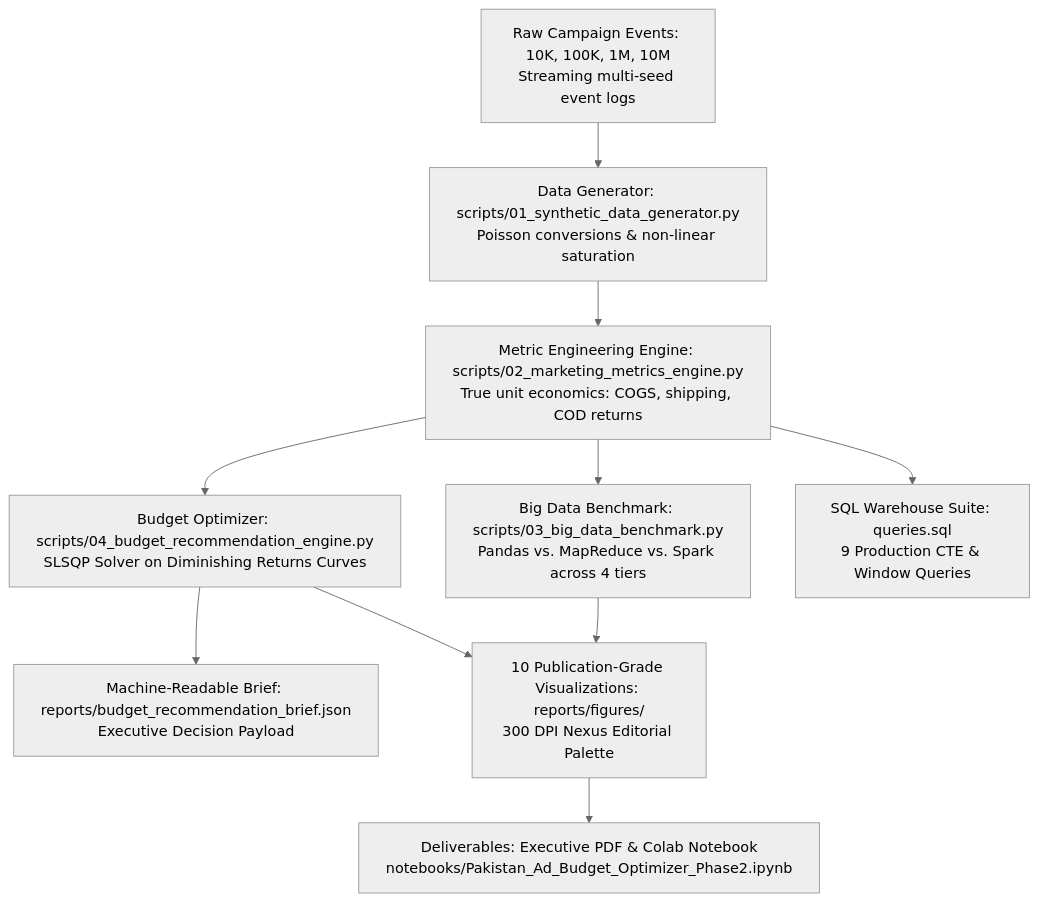
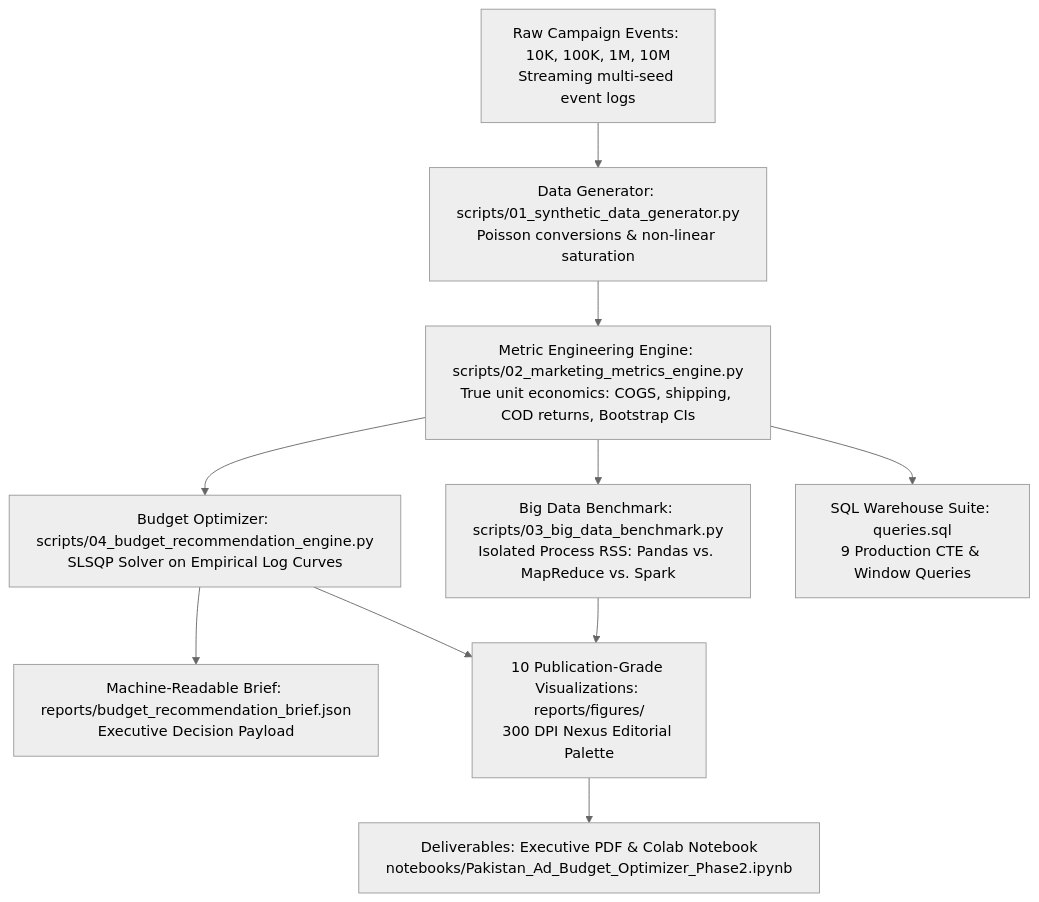
Before and after one commit to zughaina3/pakistan-digital-advertising-budget-optimizer: the diagram in reports/FINAL_EXECUTIVE_AD_BUDGET_REPORT.md, drawn with Mermaid (neutral theme). The commit also changed other lines of this file and 20 other files, not shown here.

Commit message:
refactor: address examiner critique with empirical calibration, isolated RSS benchmark, and bootstrap CIs

````diff
--- a/reports/FINAL_EXECUTIVE_AD_BUDGET_REPORT.md
+++ b/reports/FINAL_EXECUTIVE_AD_BUDGET_REPORT.md
@@ -54,12 +57,12 @@
 ```mermaid
 flowchart TD
     A[Raw Campaign Events: 10K, 100K, 1M, 10M<br/>Streaming multi-seed event logs] --> B[Data Generator: scripts/01_synthetic_data_generator.py<br/>Poisson conversions & non-linear saturation]
-    B --> C[Metric Engineering Engine: scripts/02_marketing_metrics_engine.py<br/>True unit economics: COGS, shipping, COD returns]
-    C --> D[Big Data Benchmark: scripts/03_big_data_benchmark.py<br/>Pandas vs. MapReduce vs. Spark across 4 tiers]
-    C --> E[Budget Optimizer: scripts/04_budget_recommendation_engine.py<br/>SLSQP Solver on Diminishing Returns Curves]
+    B --> C[Metric Engineering Engine: scripts/02_marketing_metrics_engine.py<br/>True unit economics: COGS, shipping, COD returns, Bootstrap CIs]
+    C --> D[Big Data Benchmark: scripts/03_big_data_benchmark.py<br/>Isolated Process RSS: Pandas vs. MapReduce vs. Spark]
+    C --> E[Budget Optimizer: scripts/04_budget_recommendation_engine.py<br/>SLSQP Solver on Empirical Log Curves]
     E --> F[Machine-Readable Brief: reports/budget_recommendation_brief.json<br/>Executive Decision Payload]
     D --> G[10 Publication-Grade Visualizations: reports/figures/<br/>300 DPI Nexus Editorial Palette]
     E --> G
     C --> H[SQL Warehouse Suite: queries.sql<br/>9 Production CTE & Window Queries]
     G --> I[Deliverables: Executive PDF & Colab Notebook<br/>notebooks/Pakistan_Ad_Budget_Optimizer_Phase2.ipynb]
 ```
````
